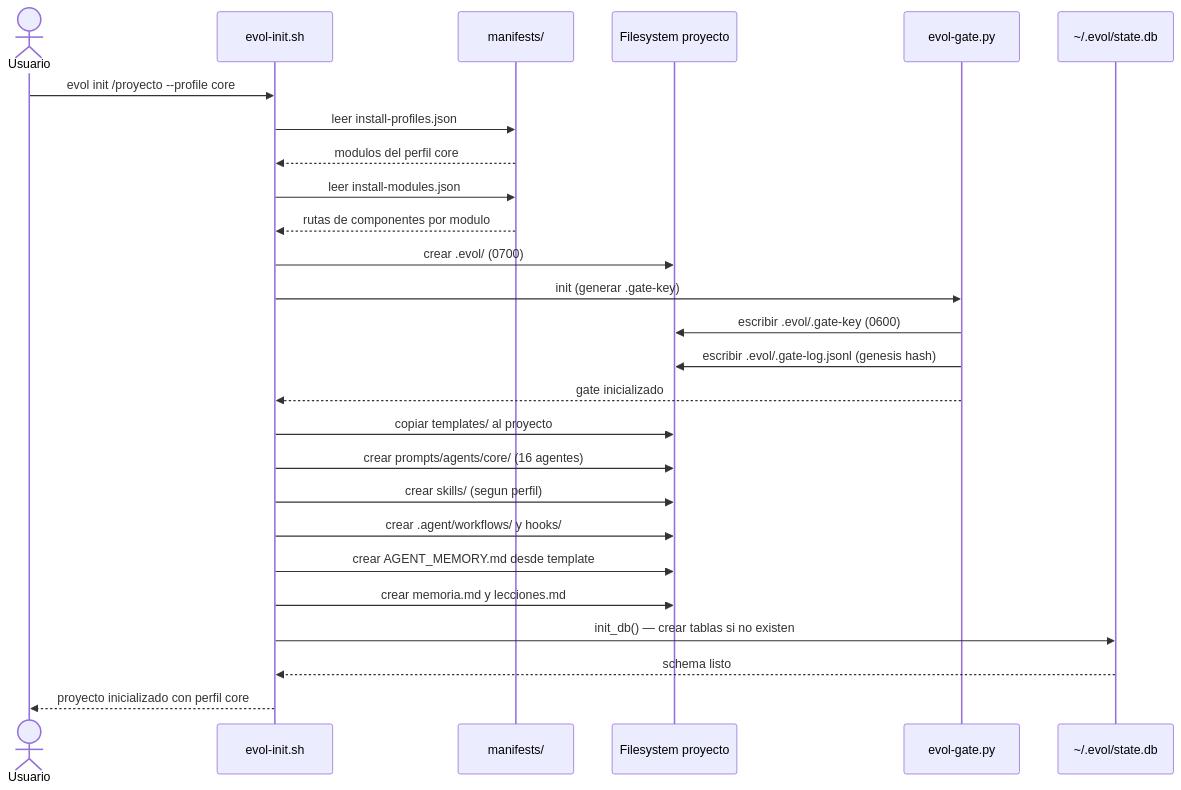
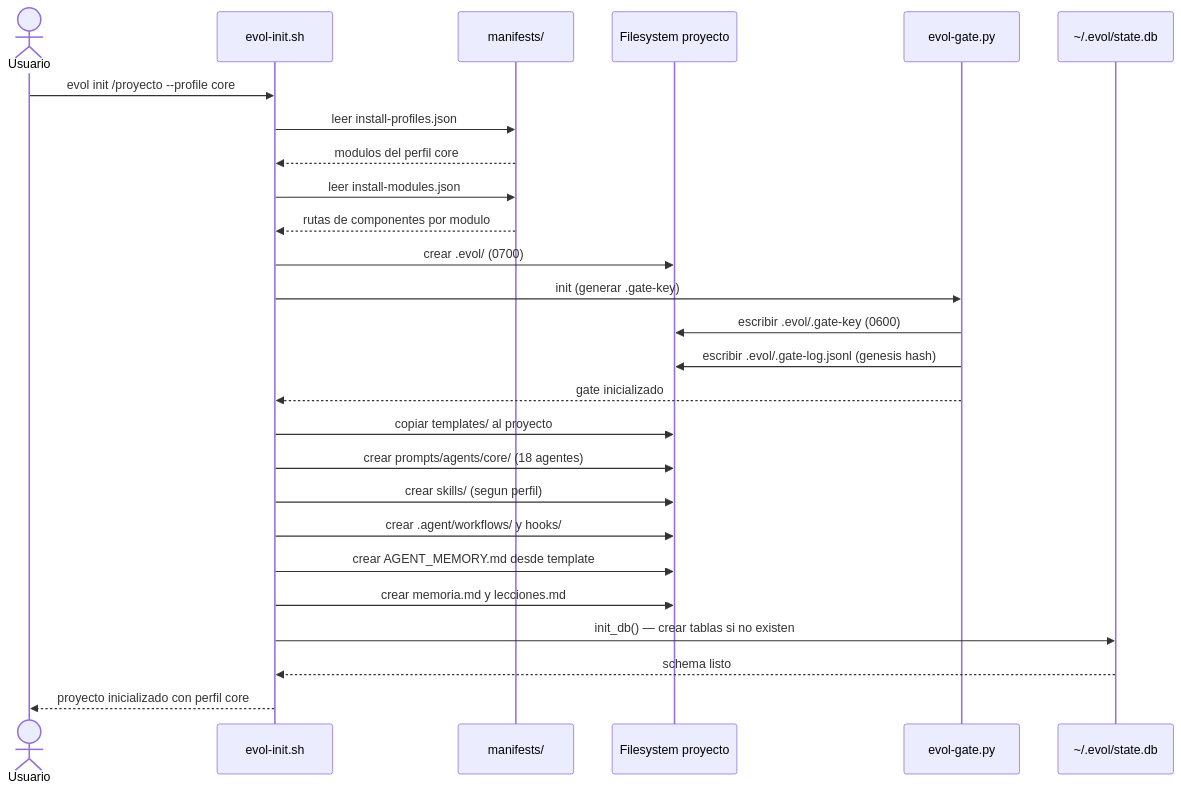
Before and after one commit to Cucholambr3ta/evol-system: the first of 4 diagrams in docs/diagramas/flujo-datos.md, drawn with Mermaid. The commit also changed 41 other files, not shown here.

````diff
--- a/docs/diagramas/flujo-datos.md
+++ b/docs/diagramas/flujo-datos.md
@@ -7,29 +7,29 @@
 ```mermaid
 sequenceDiagram
     actor Usuario
     participant Init as evol-init.sh
     participant Manifests as manifests/
     participant FS as Filesystem proyecto
     participant Gate as evol-gate.py
     participant State as ~/.evol/state.db
 
     Usuario->>Init: evol init /proyecto --profile core
     Init->>Manifests: leer install-profiles.json
     Manifests-->>Init: modulos del perfil core
     Init->>Manifests: leer install-modules.json
     Manifests-->>Init: rutas de componentes por modulo
     Init->>FS: crear .evol/ (0700)
     Init->>Gate: init (generar .gate-key)
     Gate->>FS: escribir .evol/.gate-key (0600)
     Gate->>FS: escribir .evol/.gate-log.jsonl (genesis hash)
     Gate-->>Init: gate inicializado
     Init->>FS: copiar templates/ al proyecto
-    Init->>FS: crear prompts/agents/core/ (16 agentes)
+    Init->>FS: crear prompts/agents/core/ (18 agentes)
     Init->>FS: crear skills/ (segun perfil)
     Init->>FS: crear .agent/workflows/ y hooks/
     Init->>FS: crear AGENT_MEMORY.md desde template
     Init->>FS: crear memoria.md y lecciones.md
     Init->>State: init_db() — crear tablas si no existen
     State-->>Init: schema listo
     Init-->>Usuario: proyecto inicializado con perfil core
 ```
````
